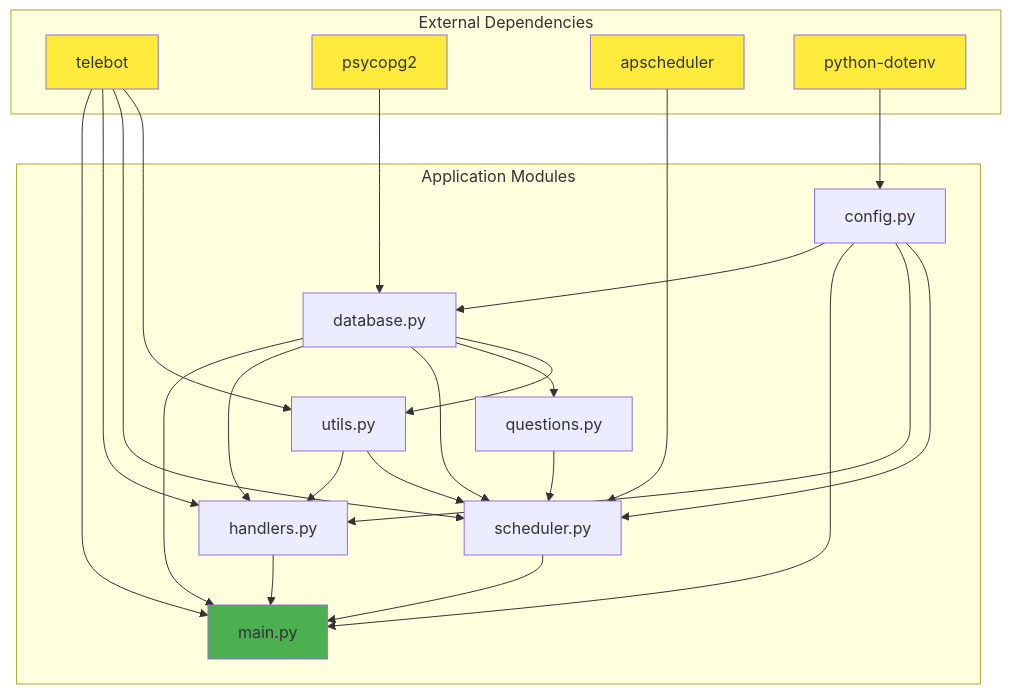
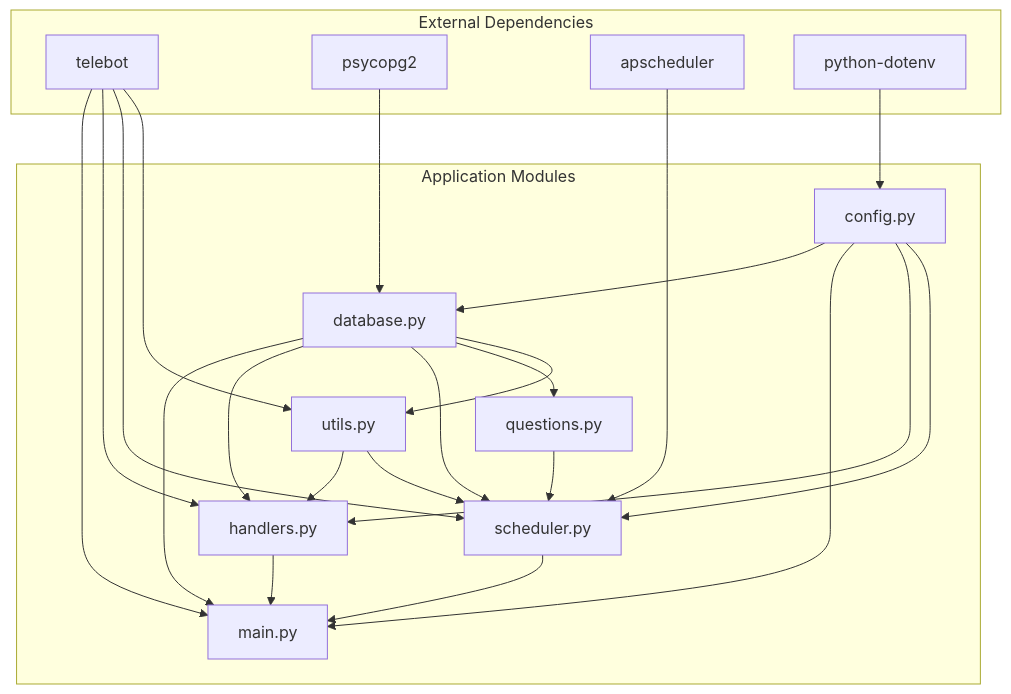
One commit to SaadMakki/Telegram-reminder-bot changed the sixth of 7 diagrams in docs/Architecture and File Communication Guide.md. Above: the diagram before and after it, drawn with Mermaid.

Commit message:
remove color

````diff
--- a/docs/Architecture and File Communication Guide.md
+++ b/docs/Architecture and File Communication Guide.md
@@ -280,52 +280,48 @@
 ```mermaid
 graph TD
     subgraph "External Dependencies"
         TB[telebot]
         PG[psycopg2]
         APS[apscheduler]
         ENV[python-dotenv]
     end
     
     subgraph "Application Modules"
         MAIN[main.py]
         CONF[config.py]
         DB[database.py]
         HAND[handlers.py]
         SCHED[scheduler.py]
         QUEST[questions.py]
         UTILS[utils.py]
     end
     
     ENV --> CONF
     PG --> DB
     CONF --> DB
     CONF --> MAIN
     CONF --> HAND
     CONF --> SCHED
     
     DB --> MAIN
     DB --> HAND
     DB --> SCHED
     DB --> QUEST
     DB --> UTILS
     
     TB --> MAIN
     TB --> HAND
     TB --> SCHED
     TB --> UTILS
     
     APS --> SCHED
     
     HAND --> MAIN
     SCHED --> MAIN
     
     QUEST --> SCHED
     UTILS --> HAND
     UTILS --> SCHED
     
-    style TB fill:#ffeb3b
-    style PG fill:#ffeb3b
-    style APS fill:#ffeb3b
-    style ENV fill:#ffeb3b
-    style MAIN fill:#4caf50
+    
 ```
````
